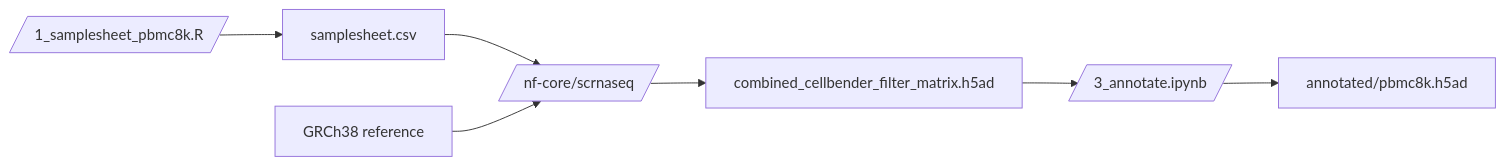
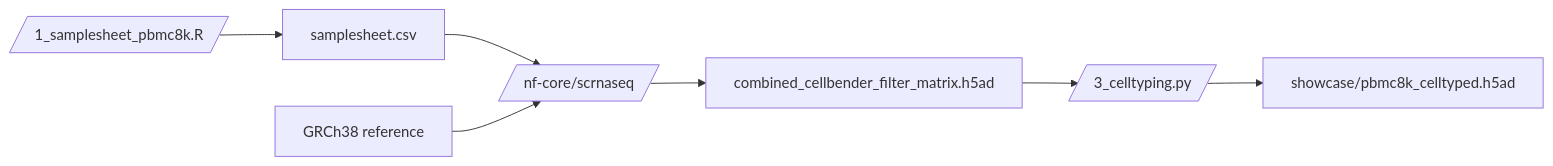
One commit to rcannood/showcase-nf-lamin changed the diagram in README.md. Above: the diagram before and after it, drawn with Mermaid. The commit also changed other lines of this file and 5 other files, not shown here.

````diff
--- a/README.md
+++ b/README.md
@@ -5,9 +5,9 @@
 ```mermaid
 flowchart LR
     r[/"1_samplesheet_pbmc8k.R"/] --> sheet["samplesheet.csv"]
     sheet --> nf[/"nf-core/scrnaseq"/]
     ref["GRCh38 reference"] --> nf
     nf --> h5ad["combined_cellbender_filter_matrix.h5ad"]
-    h5ad --> nb[/"3_annotate.ipynb"/]
-    nb --> ann["annotated/pbmc8k.h5ad"]
+    h5ad --> py[/"3_celltyping.py"/]
+    py --> ann["showcase/pbmc8k_celltyped.h5ad"]
 ```
````
